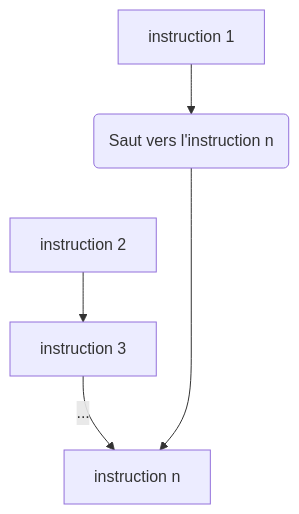
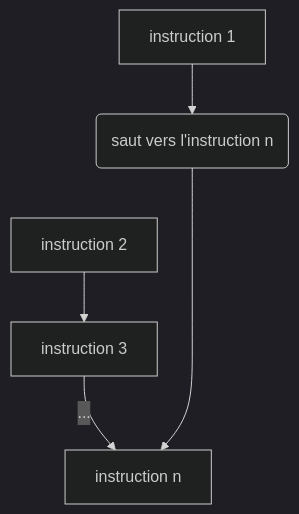
Before and after one commit to Lisra-git/MergeCommitMkDocs42: the first of 4 diagrams in docs/python2.md, drawn with Mermaid. The commit also changed other lines of this file and 20 other files, not shown here.

````diff
--- a/docs/python2.md
+++ b/docs/python2.md
@@ -8,8 +8,9 @@
 ```mermaid
+    %%{init:{'theme': 'dark' }}%%
     graph TD;
-    A[instruction 1]-->B("Saut vers l'instruction n");
+    A[instruction 1]-->B("saut vers l'instruction n");
     C[instruction 2]-->D[instruction 3]
     D-->|"..."|E
     B---->E[instruction n];
     class B if;
 ```
````
